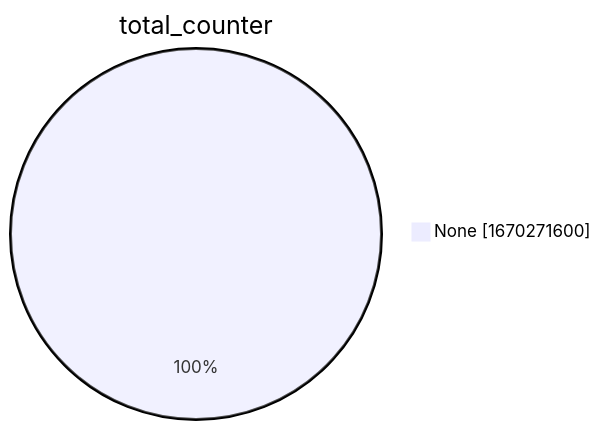
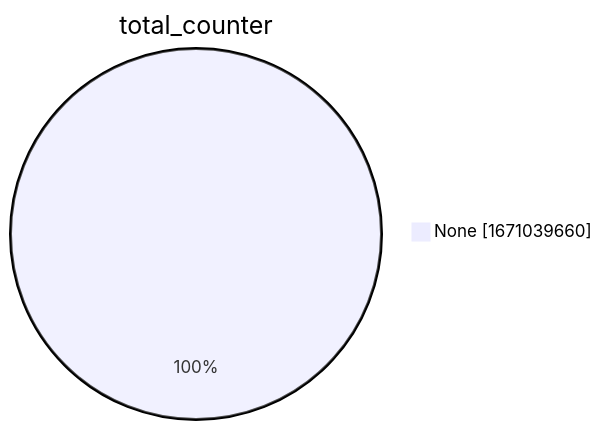
Before and after one commit to christiankrug/ctmonitor_visualization: the second of 15 diagrams in xenon2022/README.md, drawn with Mermaid. The commit also changed other lines of this file, not shown here.

````diff
--- a/xenon2022/README.md
+++ b/xenon2022/README.md
@@ -9,5 +9,5 @@
 ```mermaid
 pie showData
 title total_counter
-"None" :1670271600
+"None" :1671039660
 ```
````
